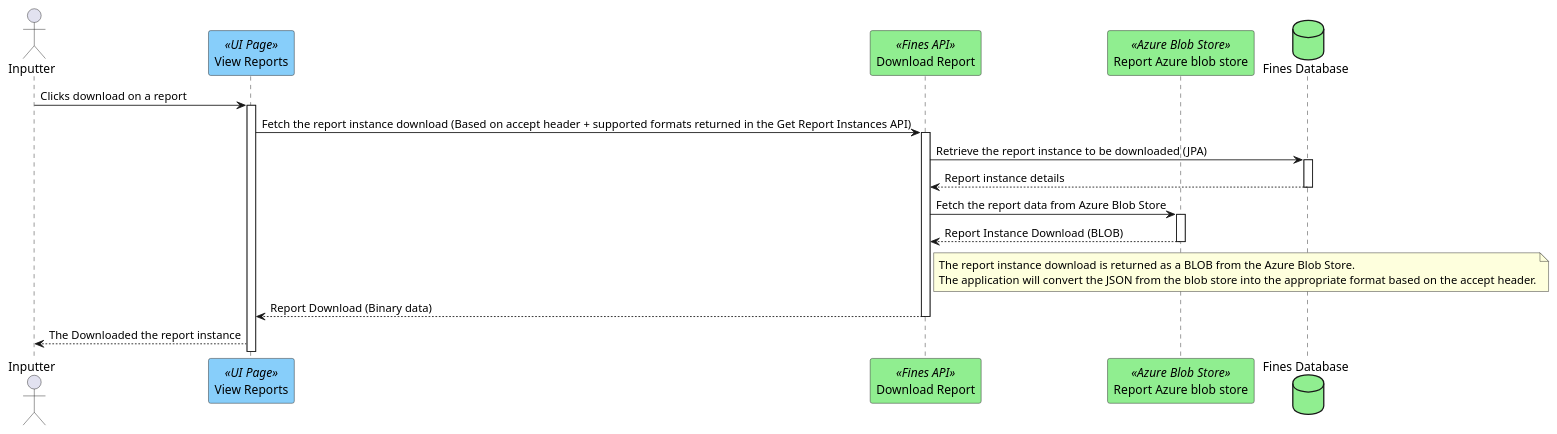
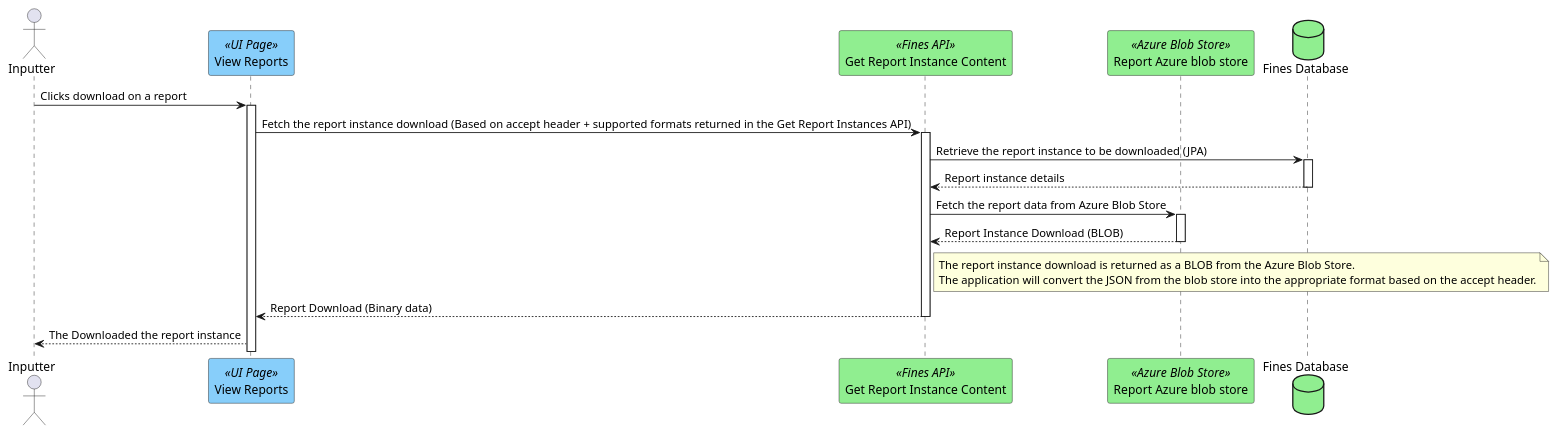
Before and after one commit to hmcts/opal-docs: the diagram in plantUML/fae-reports/fae-download_reports_instance.puml, drawn with PlantUML. The commit also changed 3 other files, not shown here.

```diff
--- a/plantUML/fae-reports/fae-download_reports_instance.puml
+++ b/plantUML/fae-reports/fae-download_reports_instance.puml
@@ -1,21 +1,21 @@
 @startuml
 actor "Inputter" as user
 participant "View Reports" as viewReportsInstances <<UI Page>> #lightskyblue
-participant "Download Report" as getReportInstanceDownload <<Fines API>> #lightgreen
+participant "Get Report Instance Content" as getReportInstanceDownload <<Fines API>> #lightgreen
 participant "Report Azure blob store" as reportBlobStore <<Azure Blob Store>> #lightgreen
 database "Fines Database" as db #lightgreen
 
 user -> viewReportsInstances ++: Clicks download on a report
 viewReportsInstances -> getReportInstanceDownload ++ : Fetch the report instance download (Based on accept header + supported formats returned in the Get Report Instances API)
 getReportInstanceDownload -> db ++ : Retrieve the report instance to be downloaded (JPA)
 getReportInstanceDownload <-- db -- : Report instance details
 getReportInstanceDownload -> reportBlobStore ++ : Fetch the report data from Azure Blob Store
 getReportInstanceDownload <-- reportBlobStore -- : Report Instance Download (BLOB)
 note right of getReportInstanceDownload
 The report instance download is returned as a BLOB from the Azure Blob Store.
 The application will convert the JSON from the blob store into the appropriate format based on the accept header.
 end note
 viewReportsInstances <-- getReportInstanceDownload -- : Report Download (Binary data)
 user <-- viewReportsInstances: The Downloaded the report instance
 
 @enduml
```
